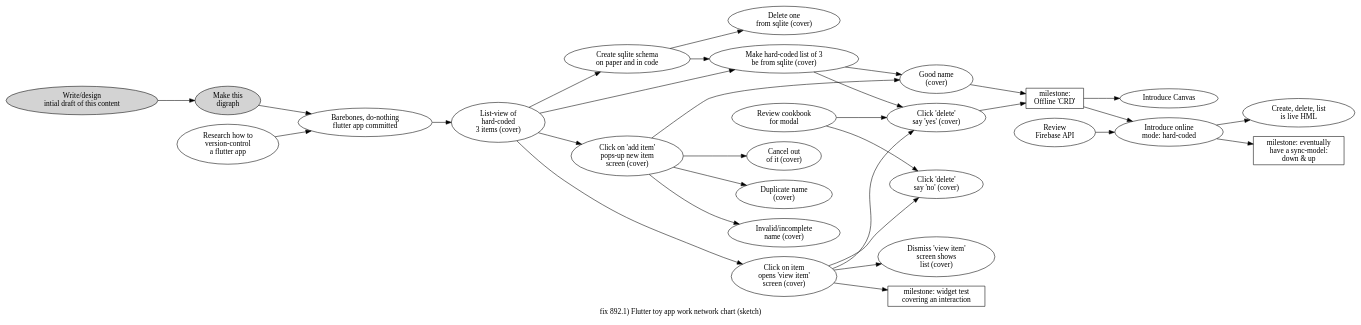
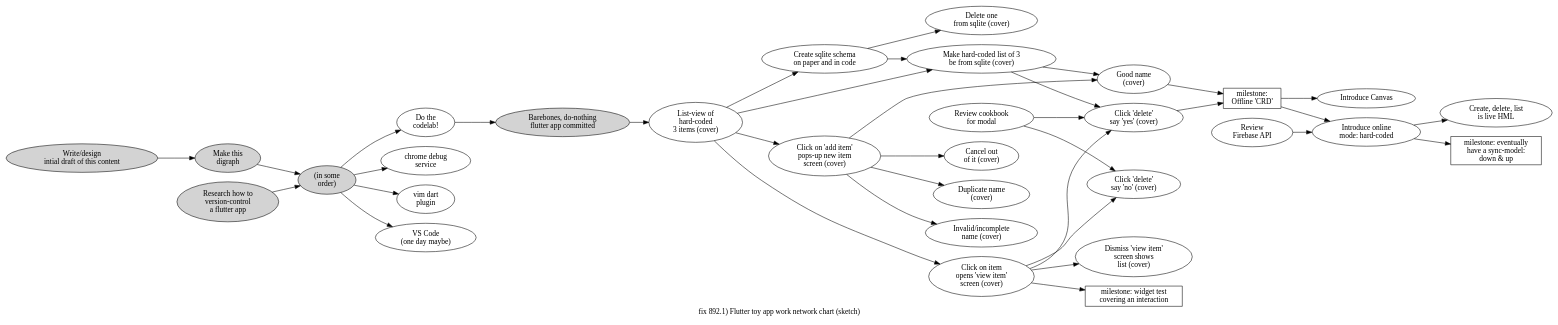
Before and after one commit to hipe/tmx: the diagram in STM-doc/892.1.work-network-chart.dot, drawn with Graphviz. The commit also changed 3 other files, not shown here.

```diff
--- a/STM-doc/892.1.work-network-chart.dot
+++ b/STM-doc/892.1.work-network-chart.dot
@@ -1,79 +1,95 @@
 digraph g {
 label="fix 892.1) Flutter toy app work network chart (sketch)"
 
 /*
 Note: at writing, this graph exists "in parallel" as a hand-written
 table in our notebook, roughly following a PERT-chart structure.
 
 (We switched from analog to digital for this one part of it because we
 did not want to attempt this visualization by hand!)
 
 The node identifiers are allocated "by hand" pseudo-randomly. As such, the
 identifiers (and especially their relative "size") are meaningless. (We *did*
 step over some allocations that could be confusing, like "QA" and "UX".)
 
 The order of the nodes in this file corresponds to the order we wrote
 the nodes in our notebook, which was from the bottom of the page upwards
 in the order in which we thought of them.
 */
 
 rankdir=LR
 _HX [label="milestone:\nOffline 'CRD'" shape=rect]
 _AA->_HX
 _7A->_HX
 _SN [label="Make this\ndigraph" style=filled]
 _4G->_SN
 _TU [label="Introduce Canvas"]
 _HX->_TU
 _4G [label="Write/design\nintial draft of this content" style=filled]
 _8K [label="Create, delete, list\nis live HML"]
 _WG->_8K
 _QD [label="Review\nFirebase API"]
 _WG [label="Introduce online\nmode: hard-coded"]
 _HX->_WG
 _QD->_WG
 _AA [label="Good name\n(cover)"]
 _QU->_AA
 _6G->_AA
 _KG [label="Duplicate name\n(cover)"]
 _6G->_KG
 _7X [label="Invalid/incomplete\nname (cover)"]
 _6G->_7X
 _LA [label="Cancel out\nof it (cover)"]
 _6G->_LA
 _6G [label="Click on 'add item'\npops-up new item\nscreen (cover)"]
 _YU->_6G
 _TA [label="Review cookbook\nfor modal"]
 _LH [label="Click 'delete'\nsay 'no' (cover)"]
 _TA->_LH
 _2N->_LH
 _7A [label="Click 'delete'\nsay 'yes' (cover)"]
 _QU->_7A
 _TA->_7A
 _2N->_7A
 _LU [label="Dismiss 'view item'\nscreen shows\nlist (cover)"]
 _2N->_LU
 _2N [label="Click on item\nopens 'view item'\nscreen (cover)"]
 _YU->_2N
 _UK [label="Delete one\nfrom sqlite (cover)"]
 _DR->_UK
 _QU [label="Make hard-coded list of 3\nbe from sqlite (cover)"]
 _DR->_QU
 _YU->_QU
 _DR [label="Create sqlite schema\non paper and in code"]
 _YU->_DR
 _GN [label="milestone: widget test\ncovering an interaction" shape=rect]
 _2N->_GN
 _YU [label="List-view of\nhard-coded\n3 items (cover)"]
 _AX->_YU
 _9B [label="milestone: eventually\nhave a sync-model:\ndown & up" shape=rect]
 _WG->_9B
-_AX [label="Barebones, do-nothing\nflutter app committed"]
-_QN->_AX
-_SN->_AX
-_QN [label="Research how to\nversion-control\na flutter app"]
+_AX [label="Barebones, do-nothing\nflutter app committed" style=filled]
+_BR->_AX
+_BR [label="Do the\ncodelab!"]
+
+/* begin mishmash */
+
+_SG [label="chrome debug\nservice"]
+_CX [label="vim dart\nplugin"]
+_3G [label="VS Code\n(one day maybe)"]
+_01 [label="(in some\norder)" style=filled]
+_01->_3G
+_01->_BR
+_01->_CX
+_01->_SG
+
+/* end */
+
+_QN->_01
+_SN->_01
+_QN [label="Research how to\nversion-control\na flutter app" style=filled]
 }
 
 /*
 # #born
 */
```
